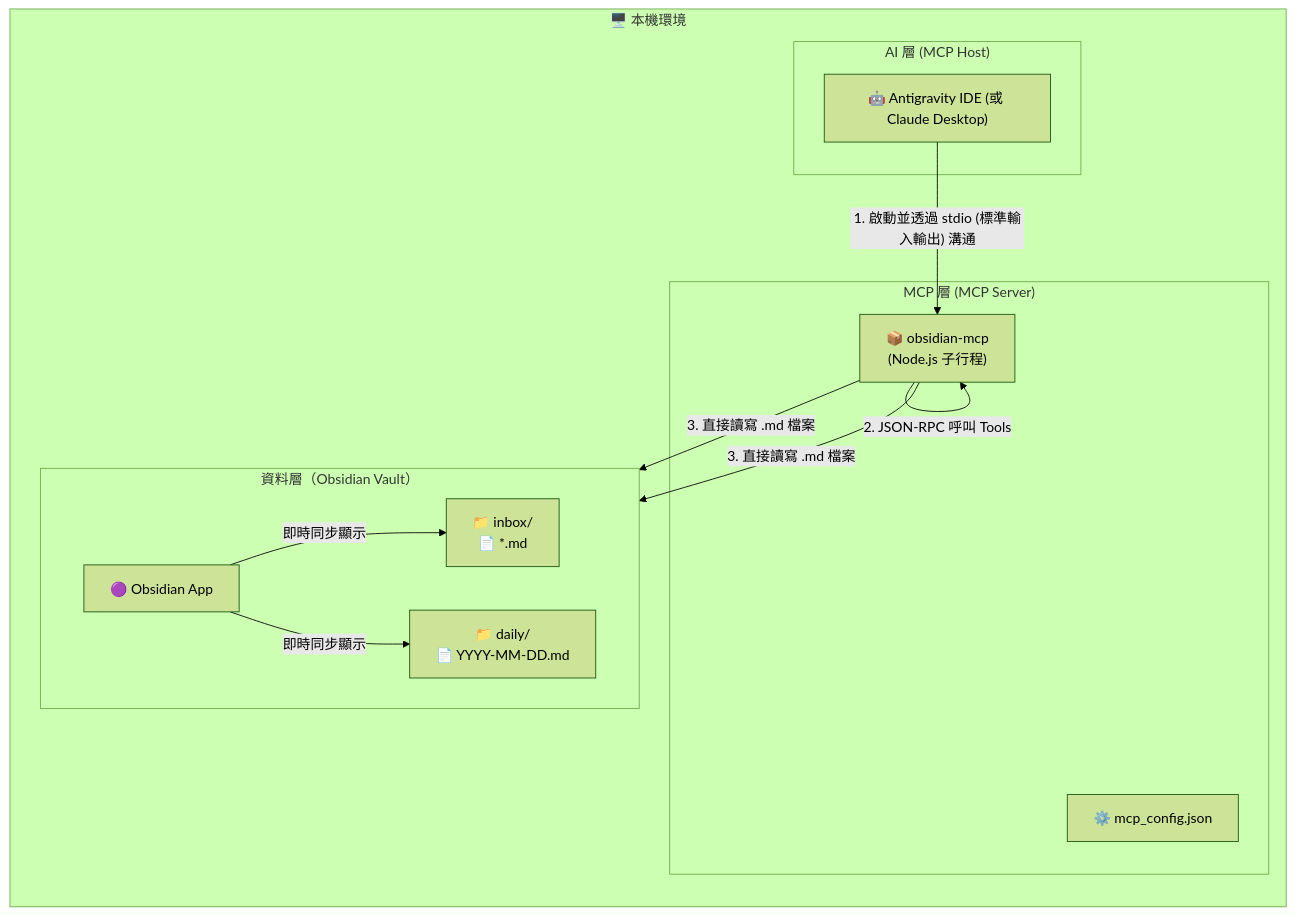
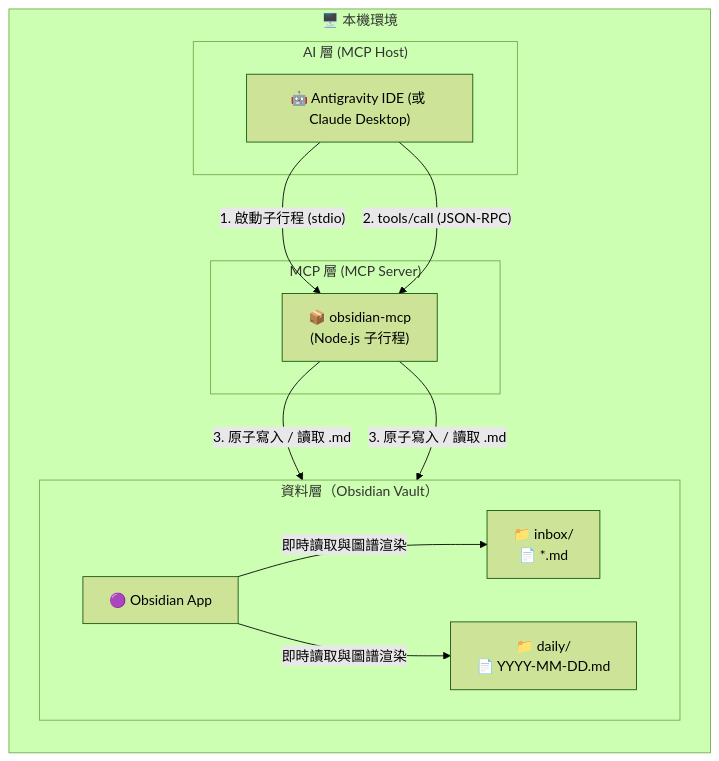
One commit to xx8897/obsidian-mcp changed the diagram in README.md. Above: the diagram before and after it, drawn with Mermaid (forest theme). The commit also changed other lines of this file and 16 other files, not shown here.

````diff
--- a/README.md
+++ b/README.md
@@ -31,29 +28,28 @@
 ```mermaid
 graph TB
     subgraph MACHINE["🖥️ 本機環境"]
         direction TB
 
         subgraph AI["AI 層 (MCP Host)"]
             IDE["🤖 Antigravity IDE (或 Claude Desktop)"]
         end
 
         subgraph MCP["MCP 層 (MCP Server)"]
-            CFG["⚙️ mcp_config.json"]
             SRV["📦 obsidian-mcp\n(Node.js 子行程)"]
         end
 
         subgraph DATA["資料層（Obsidian Vault）"]
             direction LR
             INBOX["📁 inbox/\n📄 *.md"]
             DAILY["📁 daily/\n📄 YYYY-MM-DD.md"]
             OBS["🟣 Obsidian App"]
         end
     end
 
-    IDE -- "1. 啟動並透過 stdio (標準輸入輸出) 溝通" --> SRV
-    SRV -- "2. JSON-RPC 呼叫 Tools" --> SRV
-    SRV -- "3. 直接讀寫 .md 檔案" --> INBOX
-    SRV -- "3. 直接讀寫 .md 檔案" --> DAILY
-    OBS -- "即時同步顯示" --> INBOX
-    OBS -- "即時同步顯示" --> DAILY
+    IDE -- "1. 啟動子行程 (stdio)" --> SRV
+    IDE -- "2. tools/call (JSON-RPC)" --> SRV
+    SRV -- "3. 原子寫入 / 讀取 .md" --> INBOX
+    SRV -- "3. 原子寫入 / 讀取 .md" --> DAILY
+    OBS -- "即時讀取與圖譜渲染" --> INBOX
+    OBS -- "即時讀取與圖譜渲染" --> DAILY
 ```
````
